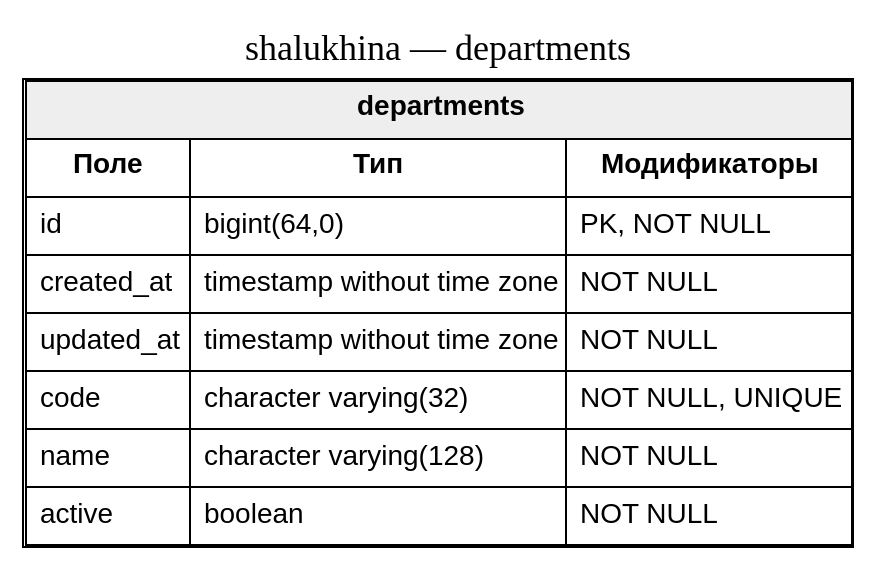
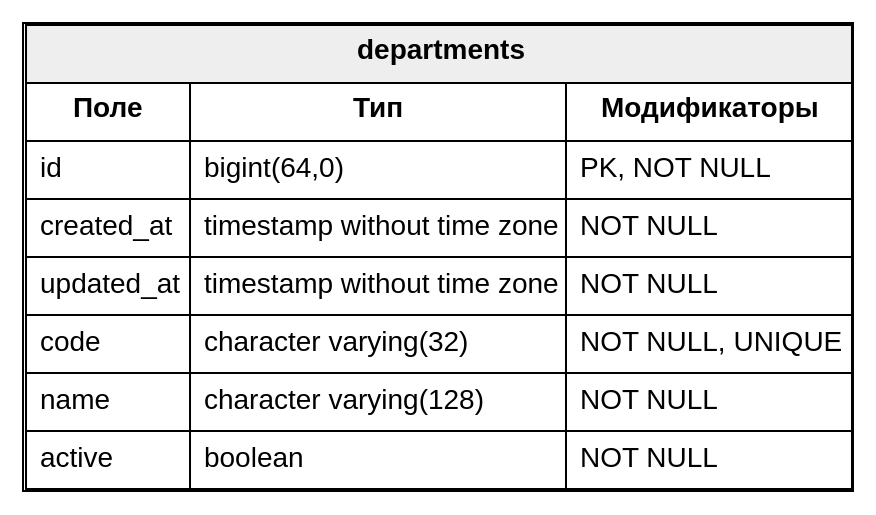
One commit to diplomas-2026/shalukhina changed the diagram in database-screenshots/dot/tables/departments.dot. Above: the diagram before and after it, drawn with Graphviz. The commit also changed 29 other files, not shown here.

Commit message:
Add database schema screenshots

```diff
--- a/database-screenshots/dot/tables/departments.dot
+++ b/database-screenshots/dot/tables/departments.dot
@@ -1,7 +1,5 @@
 digraph single_table {
   graph [rankdir=TB, fontsize=18];
   node [shape=plain, fontname="Arial"];
-  label="shalukhina — departments";
-  labelloc=t;
   "departments" [label=<<TABLE BORDER="1" CELLBORDER="1" CELLSPACING="0" CELLPADDING="6"><TR><TD BGCOLOR="#eeeeee" COLSPAN="3"><B>departments</B></TD></TR><TR><TD><B>Поле</B></TD><TD><B>Тип</B></TD><TD><B>Модификаторы</B></TD></TR><TR><TD ALIGN="LEFT">id</TD><TD ALIGN="LEFT">bigint(64,0)</TD><TD ALIGN="LEFT">PK, NOT NULL</TD></TR><TR><TD ALIGN="LEFT">created_at</TD><TD ALIGN="LEFT">timestamp without time zone</TD><TD ALIGN="LEFT">NOT NULL</TD></TR><TR><TD ALIGN="LEFT">updated_at</TD><TD ALIGN="LEFT">timestamp without time zone</TD><TD ALIGN="LEFT">NOT NULL</TD></TR><TR><TD ALIGN="LEFT">code</TD><TD ALIGN="LEFT">character varying(32)</TD><TD ALIGN="LEFT">NOT NULL, UNIQUE</TD></TR><TR><TD ALIGN="LEFT">name</TD><TD ALIGN="LEFT">character varying(128)</TD><TD ALIGN="LEFT">NOT NULL</TD></TR><TR><TD ALIGN="LEFT">active</TD><TD ALIGN="LEFT">boolean</TD><TD ALIGN="LEFT">NOT NULL</TD></TR></TABLE>>];
 }
```
